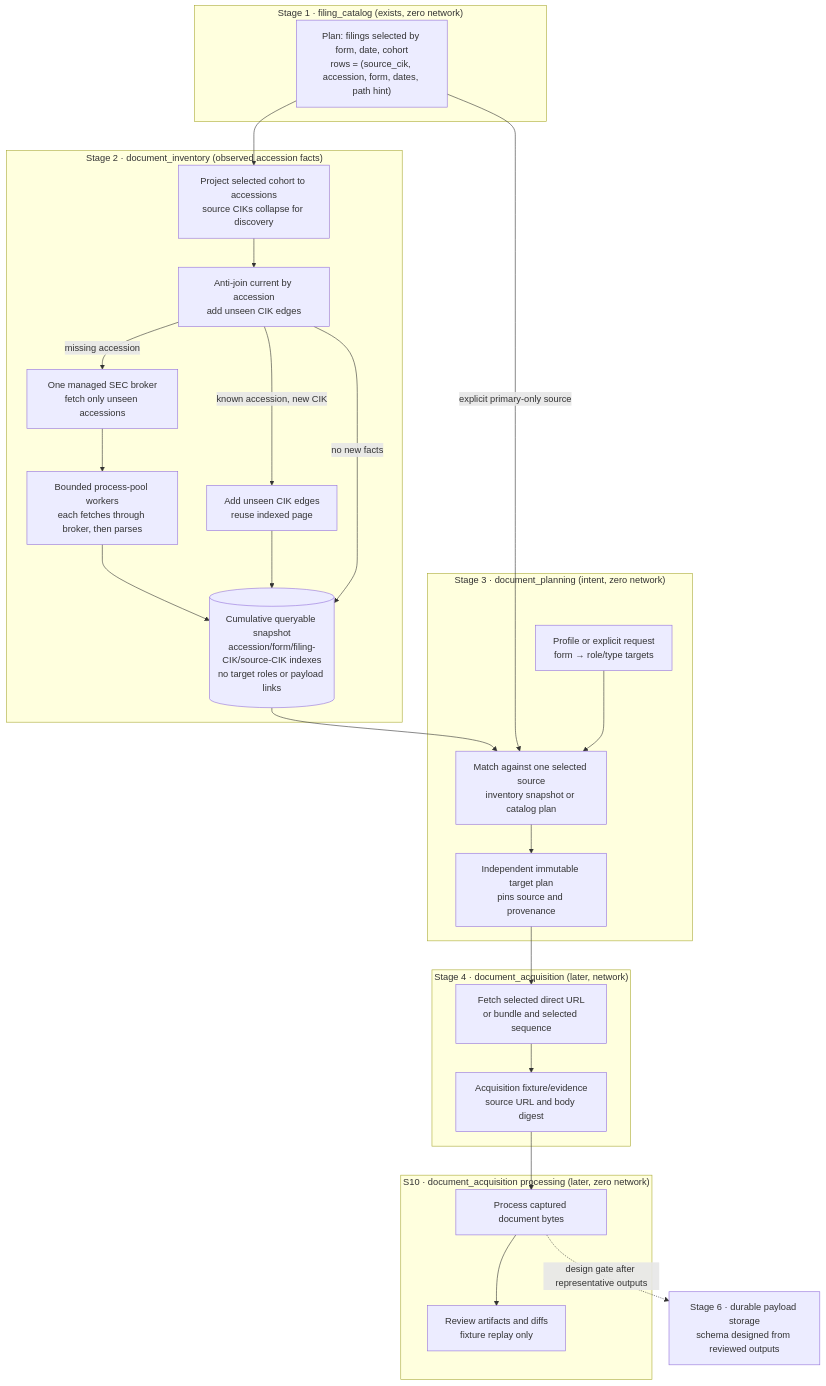
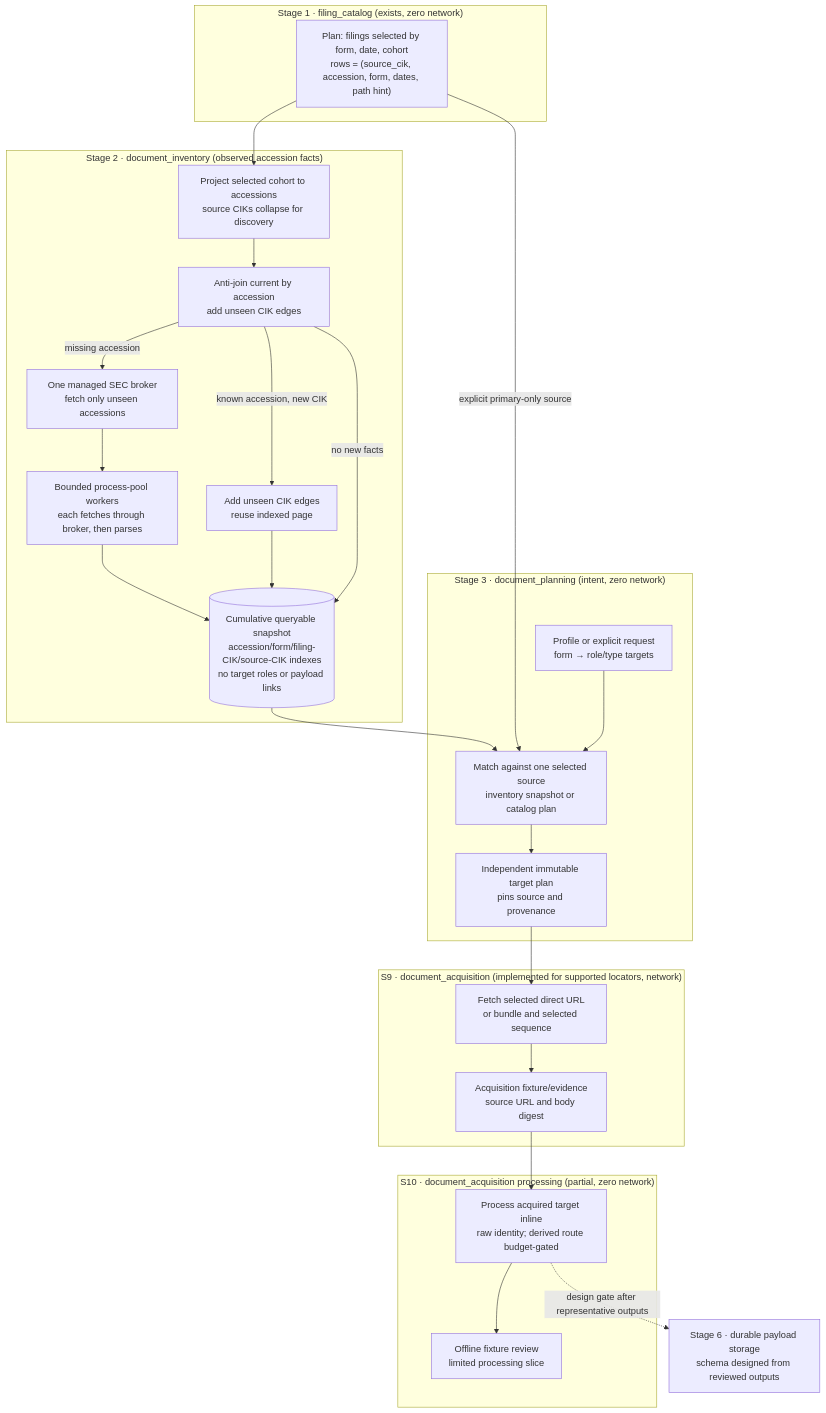
The diagram in roadmap/accession_document_flow/design.md (DerivedFunction01/edgar-sec), drawn with Mermaid before and after one commit. The commit also changed 49 other files, not shown here.

Commit message:
refactor: update document acquisition roadmap and subplan documentation to reflect current implementation status

````diff
--- a/roadmap/accession_document_flow/design.md
+++ b/roadmap/accession_document_flow/design.md
@@ -55,42 +55,42 @@
 ```mermaid
 flowchart TD
     subgraph S1["Stage 1 · filing_catalog (exists, zero network)"]
         CAT["Plan: filings selected by form, date, cohort<br/>rows = (source_cik, accession, form, dates, path hint)"]
     end
 
     subgraph S2["Stage 2 · document_inventory (observed accession facts)"]
         GRP["Project selected cohort to accessions<br/>source CIKs collapse for discovery"]
         ANTI["Anti-join current by accession<br/>add unseen CIK edges"]
         FETCH["One managed SEC broker<br/>fetch only unseen accessions"]
         PARSE["Bounded process-pool workers<br/>each fetches through broker, then parses"]
         EDGE["Add unseen CIK edges<br/>reuse indexed page"]
         INVT[("Cumulative queryable snapshot<br/>accession/form/filing-CIK/source-CIK indexes<br/>no target roles or payload links")]
     end
 
     subgraph S3["Stage 3 · document_planning (intent, zero network)"]
         RULES["Profile or explicit request<br/>form → role/type targets"]
         PLAN["Match against one selected source<br/>inventory snapshot or catalog plan"]
         TARGET["Independent immutable target plan<br/>pins source and provenance"]
     end
 
-    subgraph S4["Stage 4 · document_acquisition (later, network)"]
+    subgraph S4["S9 · document_acquisition (implemented for supported locators, network)"]
         ACQ["Fetch selected direct URL<br/>or bundle and selected sequence"]
         FIX["Acquisition fixture/evidence<br/>source URL and body digest"]
     end
 
-    subgraph S5["S10 · document_acquisition processing (later, zero network)"]
-        NORM["Process captured document bytes"]
-        REVIEW["Review artifacts and diffs<br/>fixture replay only"]
+    subgraph S10["S10 · document_acquisition processing (partial, zero network)"]
+        NORM["Process acquired target inline<br/>raw identity; derived route budget-gated"]
+        REVIEW["Offline fixture review<br/>limited processing slice"]
     end
 
     STORE["Stage 6 · durable payload storage<br/>schema designed from reviewed outputs"]
 
     CAT --> GRP --> ANTI
     ANTI -->|missing accession| FETCH --> PARSE --> INVT
     ANTI -->|known accession, new CIK| EDGE --> INVT
     ANTI -->|no new facts| INVT
     INVT --> PLAN
     CAT -->|explicit primary-only source| PLAN
     RULES --> PLAN --> TARGET --> ACQ --> FIX --> NORM --> REVIEW
     NORM -. "design gate after representative outputs" .-> STORE
 ```
````
